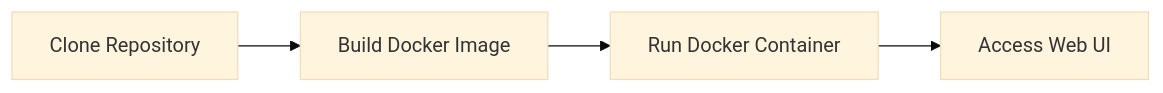
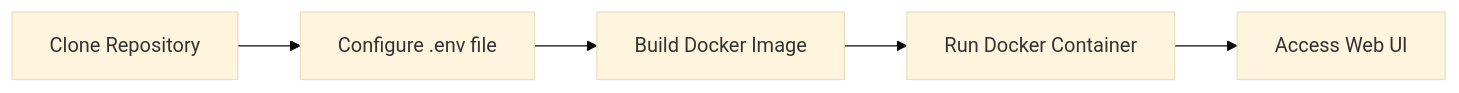
One commit to jaskaran-online/USA-VISA-Bot changed the fourth of 6 diagrams in docs/DOCUMENTATION.md. Above: the diagram before and after it, drawn with Mermaid (base theme). The commit also changed other lines of this file and 1 other file, not shown here.

````diff
--- a/docs/DOCUMENTATION.md
+++ b/docs/DOCUMENTATION.md
@@ -144,6 +167,7 @@
 ```mermaid
 flowchart LR
-    A[Clone Repository] --> B[Build Docker Image]
-    B --> C[Run Docker Container]
-    C --> D[Access Web UI]
+    A[Clone Repository] --> B[Configure .env file]
+    B --> C[Build Docker Image]
+    C --> D[Run Docker Container]
+    D --> E[Access Web UI]
 ```
````
